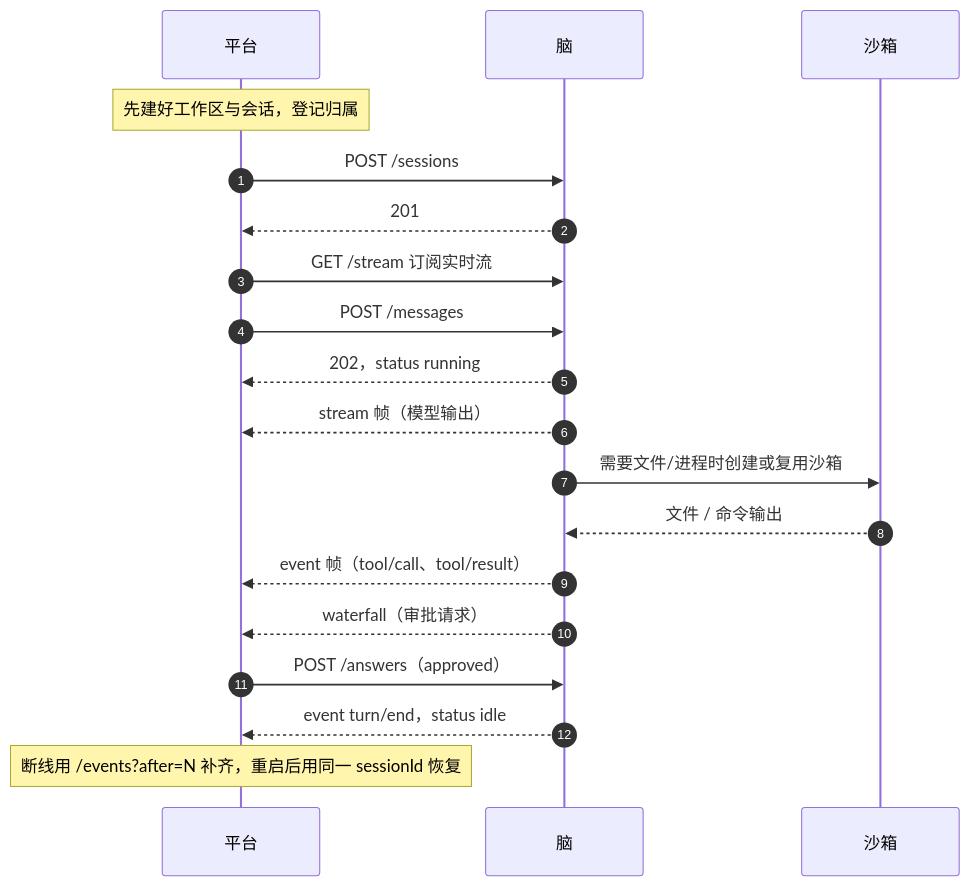
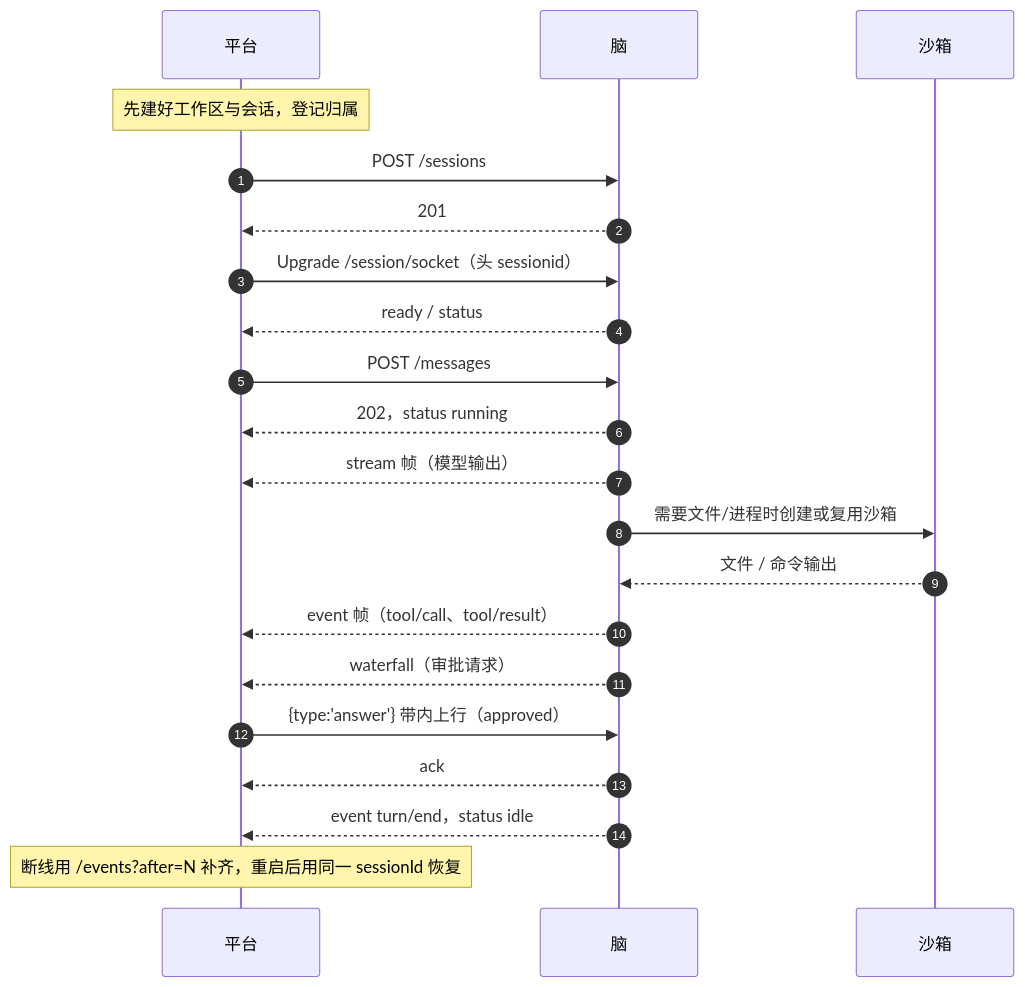
The second of 2 diagrams in README.md (lishuo0/dsh-sandbox-brain), drawn with Mermaid before and after one commit. The commit also changed other lines of this file and 14 other files, not shown here.

````diff
--- a/README.md
+++ b/README.md
@@ -71,22 +71,24 @@
 ```mermaid
 sequenceDiagram
   autonumber
   participant P as 平台
   participant B as 脑
   participant S as 沙箱
 
   Note over P: 先建好工作区与会话，登记归属
   P->>B: POST /sessions
   B-->>P: 201
-  P->>B: GET /stream 订阅实时流
+  P->>B: Upgrade /session/socket（头 sessionid）
+  B-->>P: ready / status
   P->>B: POST /messages
   B-->>P: 202，status running
   B-->>P: stream 帧（模型输出）
   B->>S: 需要文件/进程时创建或复用沙箱
   S-->>B: 文件 / 命令输出
   B-->>P: event 帧（tool/call、tool/result）
   B-->>P: waterfall（审批请求）
-  P->>B: POST /answers（approved）
+  P->>B: {type:'answer'} 带内上行（approved）
+  B-->>P: ack
   B-->>P: event turn/end，status idle
   Note over P: 断线用 /events?after=N 补齐，重启后用同一 sessionId 恢复
 ```
````
